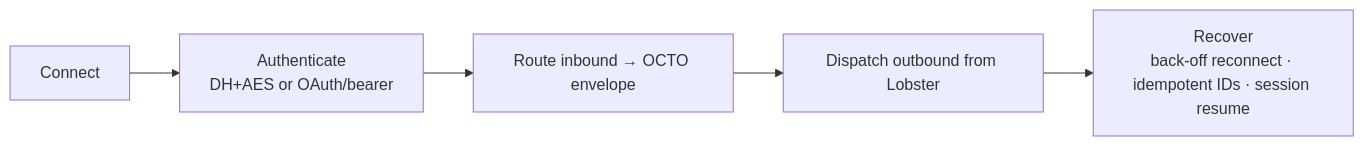
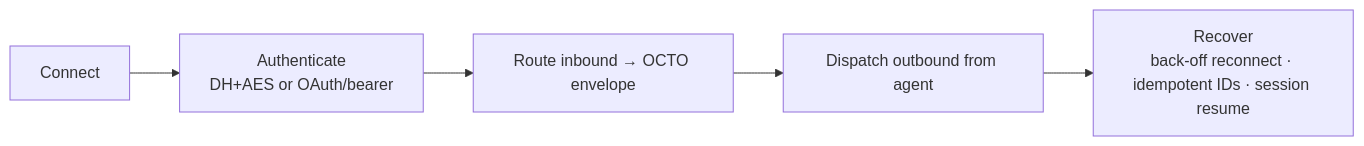
Before and after one commit to Mininglamp-OSS/octo-docs: the diagram in guides/integrators/write-an-adapter.mdx, drawn with Mermaid. The commit also changed other lines of this file and 38 other files, not shown here.

First line of the commit message:
docs: retire Lobster/Bot → Agent model (Phase 1: conceptual core) (#30)

````diff
--- a/guides/integrators/write-an-adapter.mdx
+++ b/guides/integrators/write-an-adapter.mdx
@@ -21,7 +21,7 @@
 ```mermaid
 graph LR
   connect[Connect] --> auth[Authenticate<br/>DH+AES or OAuth/bearer]
   auth --> route[Route inbound → OCTO envelope]
-  route --> dispatch[Dispatch outbound from Lobster]
+  route --> dispatch[Dispatch outbound from agent]
   dispatch --> recover[Recover<br/>back-off reconnect · idempotent IDs · session resume]
 ```
````
